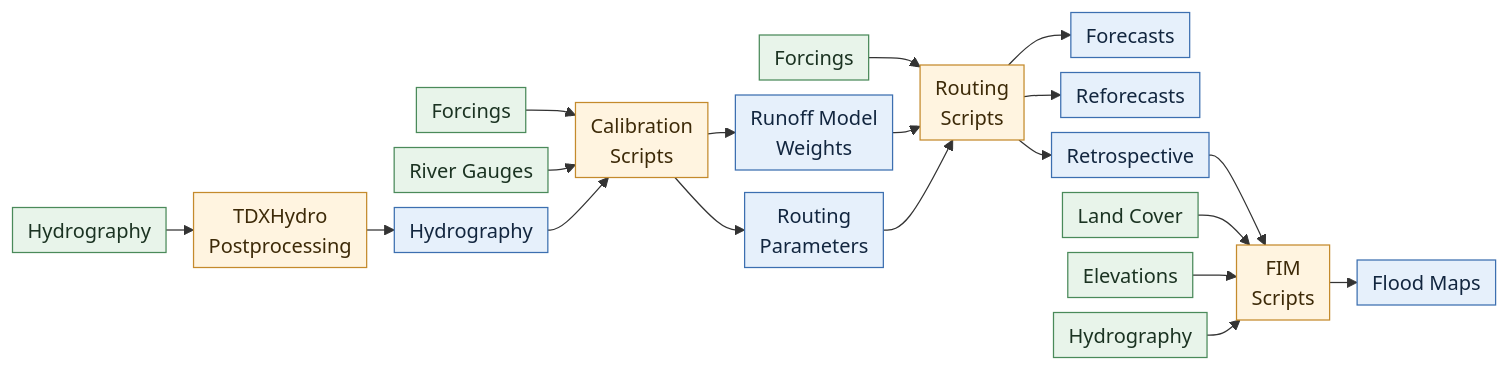
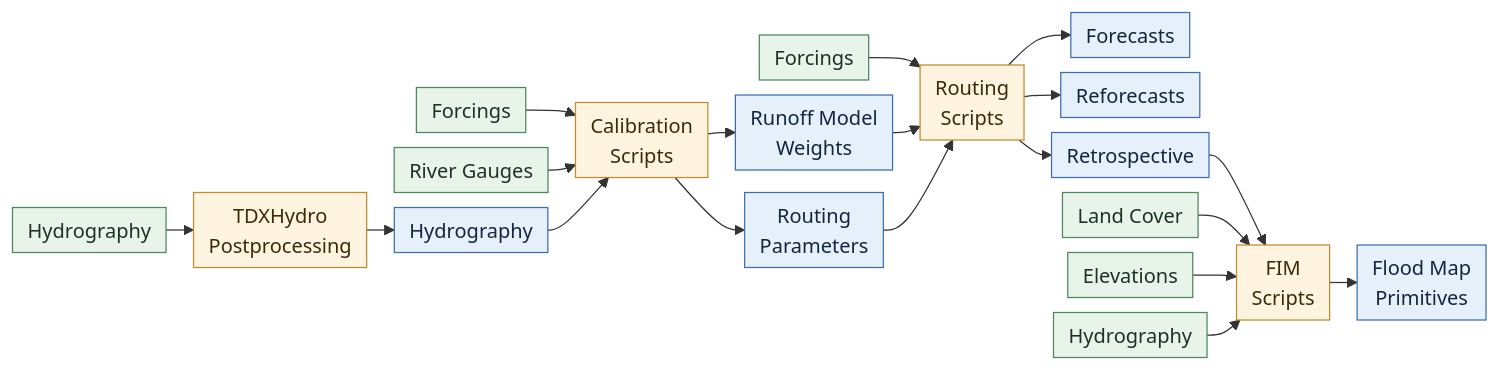
One commit to river-forecast-system/specification-documents changed the second of 3 diagrams in docs/specs/rfs-v3.md. Above: the diagram before and after it, drawn with Mermaid. The commit also changed other lines of this file and 1 other file, not shown here.

````diff
--- a/docs/specs/rfs-v3.md
+++ b/docs/specs/rfs-v3.md
@@ -91,50 +112,50 @@
 ```mermaid
 %%{init: {"flowchart": {"nodeSpacing": 12, "rankSpacing": 22, "diagramPadding": 2, "padding": 6, "subGraphTitleMargin": {"top": 4, "bottom": 10}}}}%%
 flowchart LR
     HYDS["Hydrography"]
     TDXP["TDXHydro<br/>Postprocessing"]
     HYDRO["Hydrography"]
     FORC["Forcings"]
     OBS["River Gauges"]
     LSM["Calibration<br/>Scripts"]
     FRP["Routing<br/>Parameters"]
     RMW["Runoff Model<br/>Weights"]
     FORC2["Forcings"]
     RC["Routing<br/>Scripts"]
     FC["Forecasts"]
     REFC["Reforecasts"]
     RETRO["Retrospective"]
     HYDS2["Hydrography"]
     ELEV["Elevations"]
     LAND["Land Cover"]
     FIMP["FIM<br/>Scripts"]
-    FM["Flood Maps"]
+    FM["Flood Map<br/>Primitives"]
 
     FIMP --> FM
     RETRO --> FIMP
     LAND --> FIMP
     ELEV --> FIMP
     HYDS2 --> FIMP
     RC --> RETRO
     RC --> REFC
     RC --> FC
     FORC2 --> RC
     RMW --> RC
     FRP --> RC
     LSM --> RMW
     LSM --> FRP
     FORC --> LSM
     OBS --> LSM
     HYDRO --> LSM
     TDXP --> HYDRO
     HYDS --> TDXP
 
     %% Colors: green = dataset, orange = code, blue = product
     classDef input fill:#e8f4ea,stroke:#4a8a5a,color:#1b3322
     classDef code fill:#fff4e0,stroke:#c48a2c,color:#3d2a08
     classDef product fill:#e6f0fb,stroke:#3c6fb0,color:#12263f
 
     class HYDS,HYDS2,FORC,FORC2,OBS,ELEV,LAND input
     class LSM,RC,TDXP,FIMP code
     class HYDRO,FRP,RMW,RETRO,REFC,FC,FM product
 ```
````
